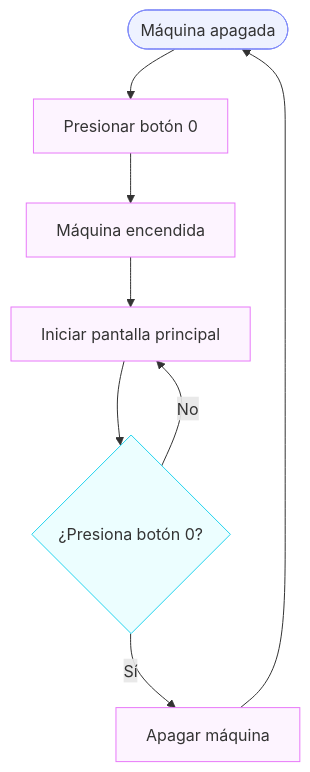
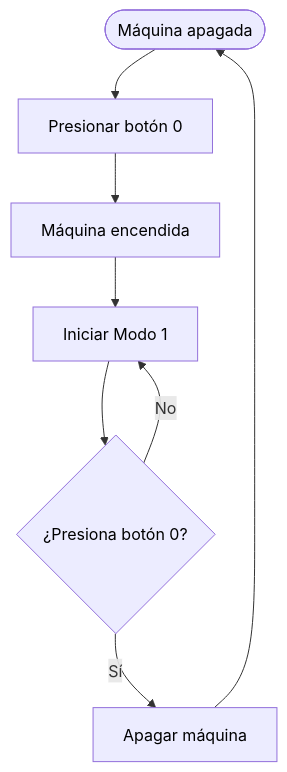
Before and after one commit to Estrabismx/dis8645-2026-2-procesos-2: the third of 6 diagrams in 00-proyecto-2/grupo-03/README.md, drawn with Mermaid. The commit also changed other lines of this file, not shown here.

````diff
--- a/00-proyecto-2/grupo-03/README.md
+++ b/00-proyecto-2/grupo-03/README.md
@@ -192,18 +199,22 @@
 ```mermaid
-flowchart TD
-    A(["Máquina apagada"]) --> B["Presionar botón 0"]
-    B --> C["Máquina encendida"]
-    C --> D["Iniciar pantalla principal"]
-    D --> E{"¿Presiona botón 0?"}
-    E -->|Sí| F["Apagar máquina"]
-    F --> A
-    E -->|No| D
+---
+config:
+ theme: default
+---
+flowchart TB
+   A(["Máquina apagada"]) --> B["Presionar botón 0"]
+   B --> C["Máquina encendida"]
+   C --> D["Iniciar Modo 1"]
+   D --> E{"¿Presiona botón 0?"}
+   E -- Sí --> F["Apagar máquina"]
+   F --> A
+   E -- No --> D
 
-    classDef start fill:#eef2ff,stroke:#818cf8
-    classDef action fill:#fdf4ff,stroke:#e879f9
-    classDef decision fill:#ecfeff,stroke:#22d3ee
 
-    class A start
-    class B,C,D,F action
-    class E decision
+   style A color:#000000
+   style B color:#000000
+   style C color:#000000
+   style D color:#000000
+   style E color:#000000
+   style F color:#000000
 ```
````
